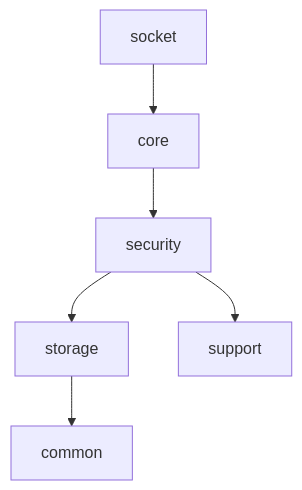
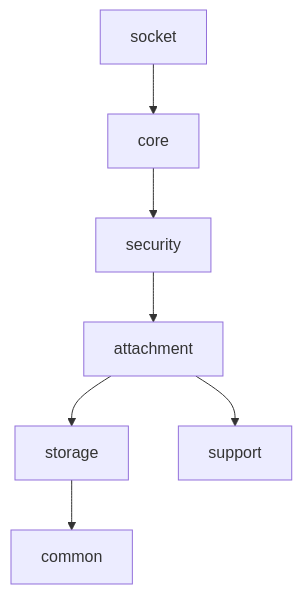
Before and after one commit to mortonCareer/bconnect: the first of 6 diagrams in apps/api/docs/project-structure.md, drawn with Mermaid. The commit also changed other lines of this file and 1 other file, not shown here.

Commit message:
docs(api): attachment 모듈 분리 및 첨부 패턴 반영

````diff
--- a/apps/api/docs/project-structure.md
+++ b/apps/api/docs/project-structure.md
@@ -28,8 +28,9 @@
 ```mermaid
 flowchart TD
     socket --> core
     core --> security
-    security --> storage
-    security --> support
     storage --> common
+    security --> attachment
+    attachment --> storage
+    attachment --> support
 ```
````
